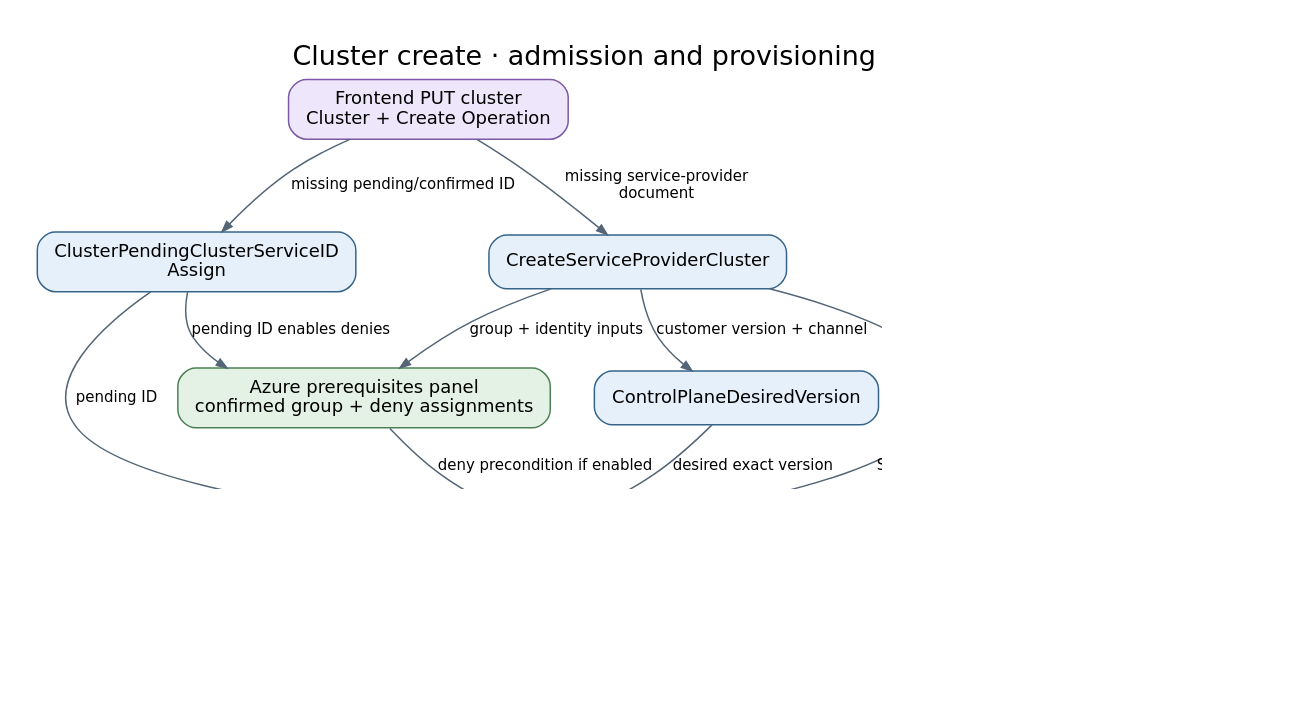
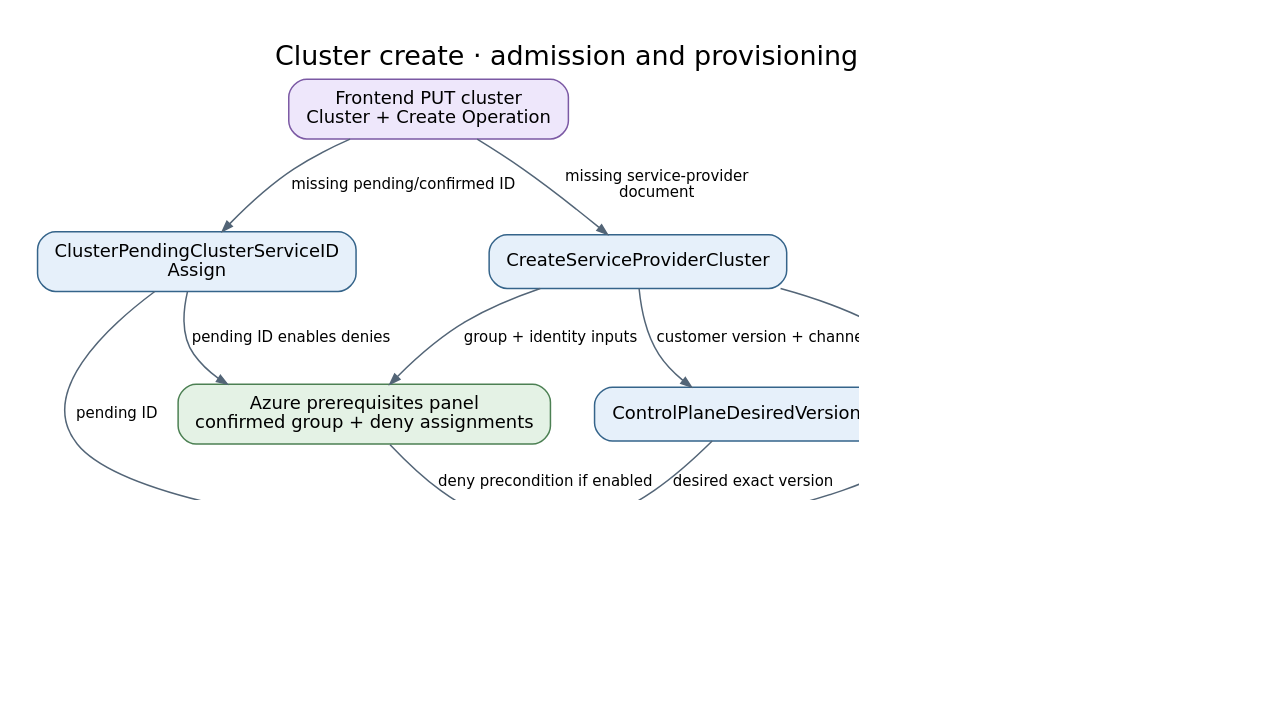
Before and after one commit to Azure/ARO-HCP: the diagram in docs/diagrams/controller-flows/cluster-create.dot, drawn with Graphviz. The commit also changed 17 other files, not shown here.

Commit message:
docs: refresh controller flows after rebasing on main

```diff
--- a/docs/diagrams/controller-flows/cluster-create.dot
+++ b/docs/diagrams/controller-flows/cluster-create.dot
@@ -1,27 +1,28 @@
 digraph cluster_create {
   graph [rankdir=TB, bgcolor="white", pad="0.3", nodesep="0.4", ranksep="0.55", fontname="DejaVu Sans", fontsize=18, labelloc=t, label="Cluster create · admission and provisioning prerequisites", dpi=110];
   node [shape=box, style="rounded,filled", fillcolor="#e6f0fa", color="#35648a", fontname="DejaVu Sans", fontsize=12, margin="0.16,0.10"];
   edge [color="#536577", fontname="DejaVu Sans", fontsize=10, arrowsize=0.7];
   put [label="Frontend PUT cluster\nCluster + Create Operation", fillcolor="#eee7fb", color="#7b59a4"];
   sp [label="CreateServiceProviderCluster", fillcolor="#e6f0fa", color="#35648a"];
   id [label="ClusterPendingClusterServiceID\nAssign", fillcolor="#e6f0fa", color="#35648a"];
   ver [label="ControlPlaneDesiredVersion", fillcolor="#e6f0fa", color="#35648a"];
   place [label="Placement", fillcolor="#e6f0fa", color="#35648a"];
-  fleet [label="Fleet readiness + capacity\nmanagement-cluster provision shard", fillcolor="#e4f2e5", color="#4c8053"];
+  fleet [label="Fleet readiness + capacity\nSee placement panel", fillcolor="#e4f2e5", color="#4c8053"];
   azure [label="Azure prerequisites panel\nconfirmed group + deny assignments", fillcolor="#e4f2e5", color="#4c8053"];
   create [label="ClusterClusterServiceCreate", fillcolor="#e6f0fa", color="#35648a"];
   cs [label="Cluster Service cluster exists\nClusterServiceID confirmed\nContinue in convergence panel", fillcolor="#e4f2e5", color="#4c8053"];
   put -> sp [label="missing service-provider\ndocument"];
   put -> id [label="missing pending/confirmed ID"];
   sp -> ver [label="customer version + channel"];
   sp -> place [label="placement unresolved"];
-  fleet -> place [label="eligible target + capacity"];
+  fleet -> place [label="Ready + schedulable +\ncurrent capacity"];
+  place -> place [label="no fit: record condition;\nretry after 29s", style=dashed, color="#857456", constraint=false];
   sp -> azure [label="group + identity inputs"];
   id -> azure [label="pending ID enables denies"];
   id -> create [label="pending ID"];
   ver -> create [label="desired exact version"];
   place -> create [label="Spec.ManagementClusterResourceID"];
   azure -> create [label="deny precondition if enabled"];
   create -> cs [label="adopt or POST; persist ID"];
   create -> create [label="missing prerequisite: wait", style=dashed, color="#857456", constraint=false];
 }
```
